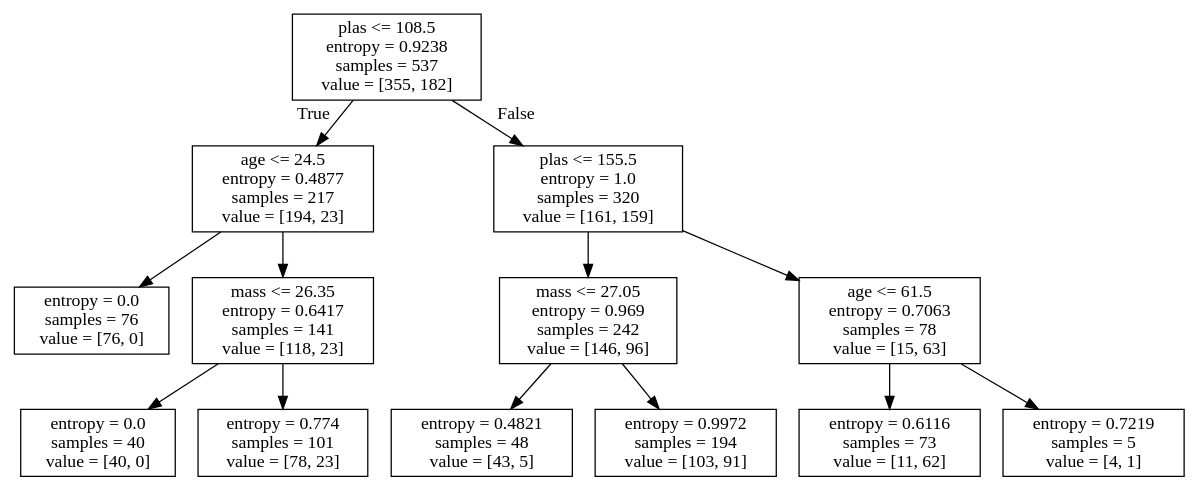
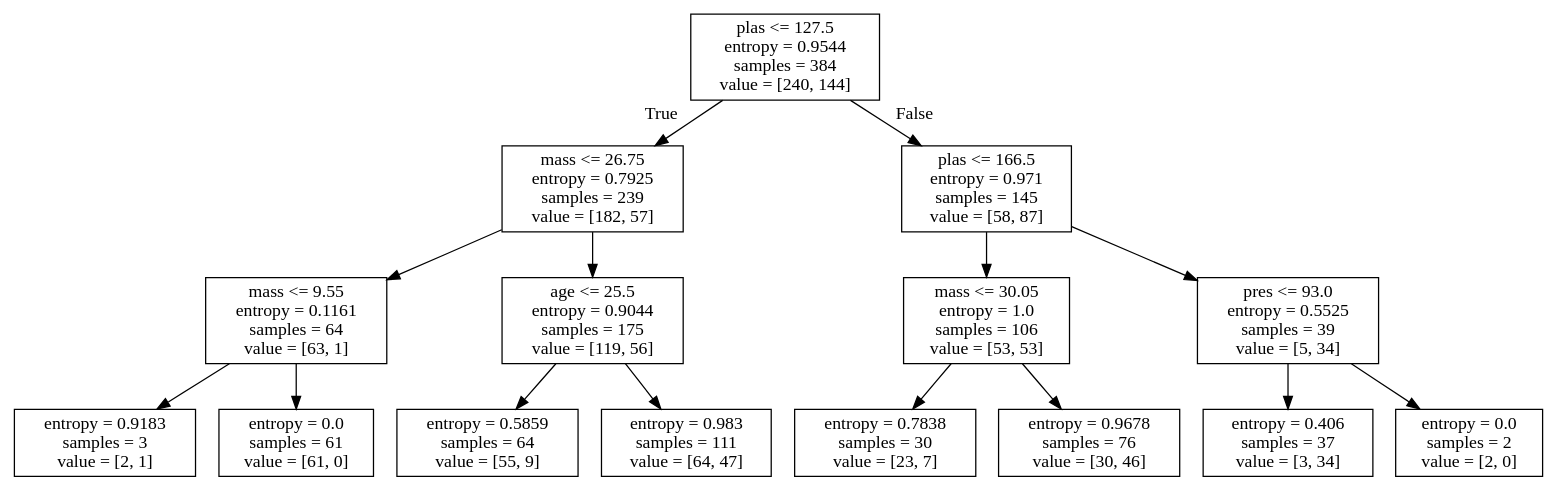
One commit to bramantyoa/heart-disease-and-diabetes-expert-system changed the diagram in result/diabetes.dot. Above: the diagram before and after it, drawn with Graphviz. The commit also changed 20 other files, not shown here.

```diff
--- a/result/diabetes.dot
+++ b/result/diabetes.dot
@@ -1,28 +1,32 @@
 digraph Tree {
 node [shape=box] ;
-0 [label="plas <= 108.5\nentropy = 0.9238\nsamples = 537\nvalue = [355, 182]"] ;
-1 [label="age <= 24.5\nentropy = 0.4877\nsamples = 217\nvalue = [194, 23]"] ;
+0 [label="plas <= 127.5\nentropy = 0.9544\nsamples = 384\nvalue = [240, 144]"] ;
+1 [label="mass <= 26.75\nentropy = 0.7925\nsamples = 239\nvalue = [182, 57]"] ;
 0 -> 1 [labeldistance=2.5, labelangle=45, headlabel="True"] ;
-2 [label="entropy = 0.0\nsamples = 76\nvalue = [76, 0]"] ;
+2 [label="mass <= 9.55\nentropy = 0.1161\nsamples = 64\nvalue = [63, 1]"] ;
 1 -> 2 ;
-3 [label="mass <= 26.35\nentropy = 0.6417\nsamples = 141\nvalue = [118, 23]"] ;
-1 -> 3 ;
-4 [label="entropy = 0.0\nsamples = 40\nvalue = [40, 0]"] ;
-3 -> 4 ;
-5 [label="entropy = 0.774\nsamples = 101\nvalue = [78, 23]"] ;
-3 -> 5 ;
-6 [label="plas <= 155.5\nentropy = 1.0\nsamples = 320\nvalue = [161, 159]"] ;
-0 -> 6 [labeldistance=2.5, labelangle=-45, headlabel="False"] ;
-7 [label="mass <= 27.05\nentropy = 0.969\nsamples = 242\nvalue = [146, 96]"] ;
-6 -> 7 ;
-8 [label="entropy = 0.4821\nsamples = 48\nvalue = [43, 5]"] ;
-7 -> 8 ;
-9 [label="entropy = 0.9972\nsamples = 194\nvalue = [103, 91]"] ;
-7 -> 9 ;
-10 [label="age <= 61.5\nentropy = 0.7063\nsamples = 78\nvalue = [15, 63]"] ;
-6 -> 10 ;
-11 [label="entropy = 0.6116\nsamples = 73\nvalue = [11, 62]"] ;
-10 -> 11 ;
-12 [label="entropy = 0.7219\nsamples = 5\nvalue = [4, 1]"] ;
-10 -> 12 ;
+3 [label="entropy = 0.9183\nsamples = 3\nvalue = [2, 1]"] ;
+2 -> 3 ;
+4 [label="entropy = 0.0\nsamples = 61\nvalue = [61, 0]"] ;
+2 -> 4 ;
+5 [label="age <= 25.5\nentropy = 0.9044\nsamples = 175\nvalue = [119, 56]"] ;
+1 -> 5 ;
+6 [label="entropy = 0.5859\nsamples = 64\nvalue = [55, 9]"] ;
+5 -> 6 ;
+7 [label="entropy = 0.983\nsamples = 111\nvalue = [64, 47]"] ;
+5 -> 7 ;
+8 [label="plas <= 166.5\nentropy = 0.971\nsamples = 145\nvalue = [58, 87]"] ;
+0 -> 8 [labeldistance=2.5, labelangle=-45, headlabel="False"] ;
+9 [label="mass <= 30.05\nentropy = 1.0\nsamples = 106\nvalue = [53, 53]"] ;
+8 -> 9 ;
+10 [label="entropy = 0.7838\nsamples = 30\nvalue = [23, 7]"] ;
+9 -> 10 ;
+11 [label="entropy = 0.9678\nsamples = 76\nvalue = [30, 46]"] ;
+9 -> 11 ;
+12 [label="pres <= 93.0\nentropy = 0.5525\nsamples = 39\nvalue = [5, 34]"] ;
+8 -> 12 ;
+13 [label="entropy = 0.406\nsamples = 37\nvalue = [3, 34]"] ;
+12 -> 13 ;
+14 [label="entropy = 0.0\nsamples = 2\nvalue = [2, 0]"] ;
+12 -> 14 ;
 }
```
